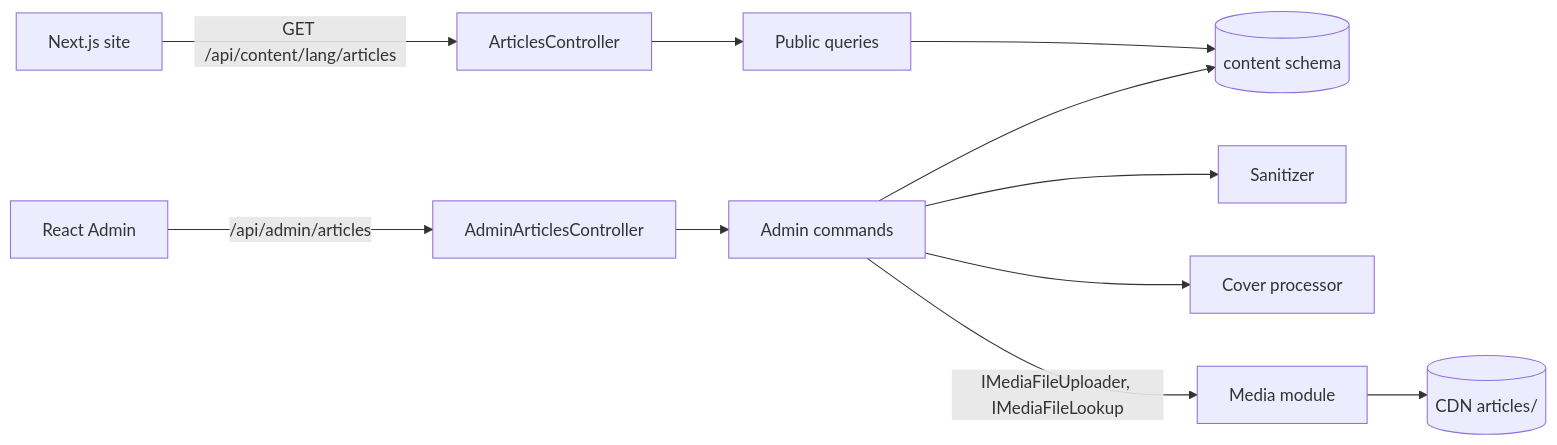
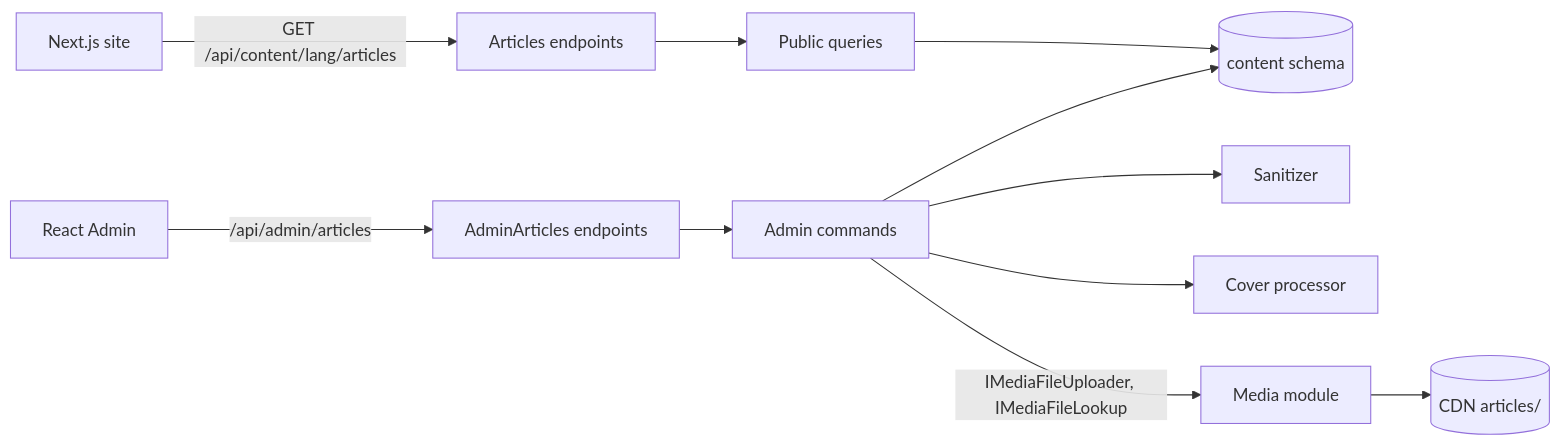
One commit to Weretik/KedrStore changed the diagram in docs/sdd/features/content/articles.md. Above: the diagram before and after it, drawn with Mermaid. The commit also changed other lines of this file and 124 other files, not shown here.

First line of the commit message:
Move the Content module to Minimal API endpoints (#211)

````diff
--- a/docs/sdd/features/content/articles.md
+++ b/docs/sdd/features/content/articles.md
@@ -46,9 +46,9 @@
 ```mermaid
 flowchart LR
-    Site[Next.js site] -->|GET /api/content/lang/articles| Public[ArticlesController]
-    Admin[React Admin] -->|/api/admin/articles| AdminApi[AdminArticlesController]
+    Site[Next.js site] -->|GET /api/content/lang/articles| Public[Articles endpoints]
+    Admin[React Admin] -->|/api/admin/articles| AdminApi[AdminArticles endpoints]
     Public --> Q[Public queries] --> Db[(content schema)]
     AdminApi --> C[Admin commands] --> San[Sanitizer] & Img[Cover processor]
     C --> Db
     C -->|IMediaFileUploader, IMediaFileLookup| Media[Media module] --> Cdn[(CDN articles/)]
 ```
````
